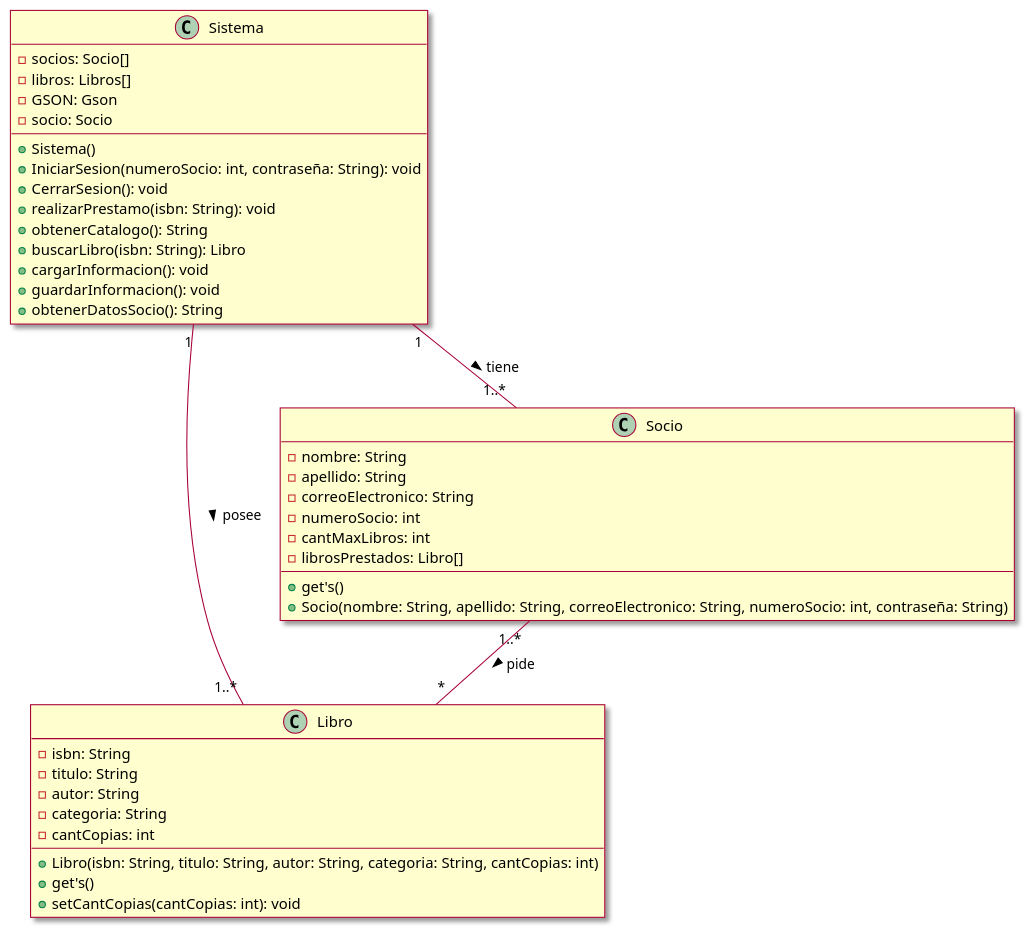
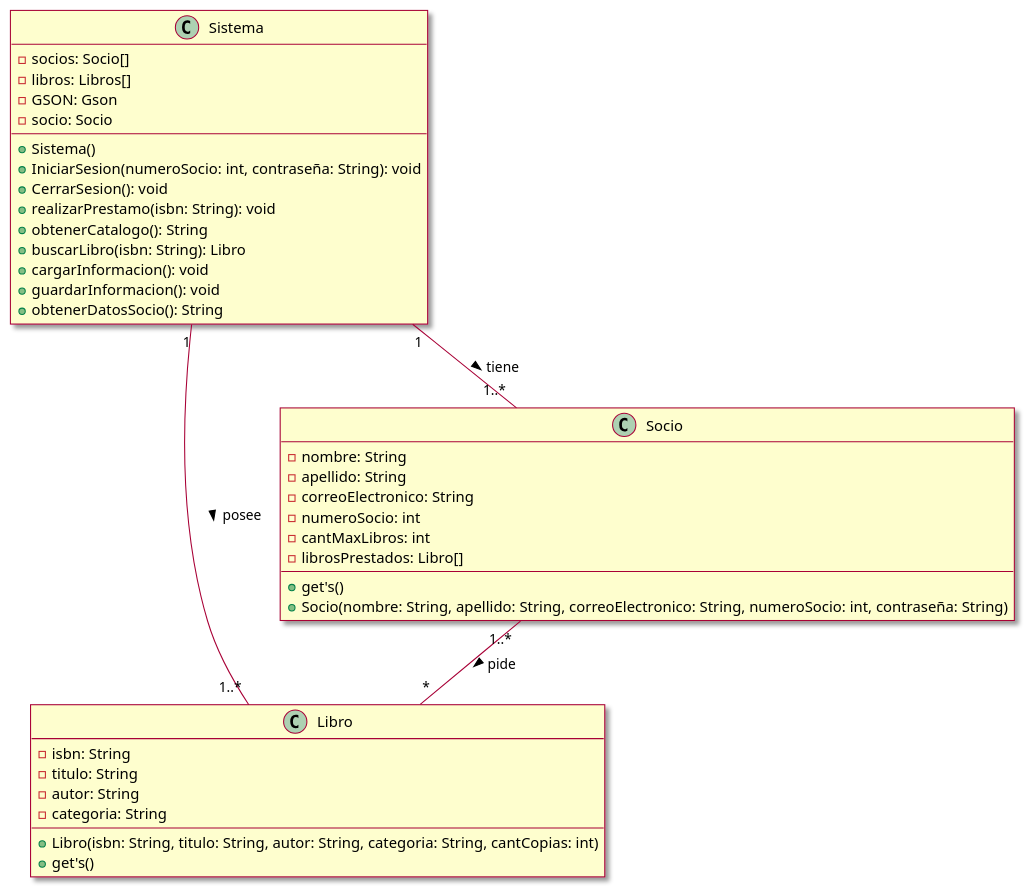
The diagram in bibliotech/clases.puml (ProMDFK123/Taller2), drawn with PlantUML before and after one commit. The commit also changed 1 other file, not shown here.

```diff
--- a/bibliotech/clases.puml
+++ b/bibliotech/clases.puml
@@ -1,45 +1,43 @@
 @startuml
 skin rose
 
 Class Libro{
 -isbn: String
 -titulo: String
 -autor: String
 -categoria: String
--cantCopias: int
 +Libro(isbn: String, titulo: String, autor: String, categoria: String, cantCopias: int)
 +get's()
-+setCantCopias(cantCopias: int): void
 }
 
 Class Socio{
 -nombre: String
 -apellido: String
 -correoElectronico: String
 -numeroSocio: int
 -cantMaxLibros: int
 -librosPrestados: Libro[]
 +get's()
 +Socio(nombre: String, apellido: String, correoElectronico: String, numeroSocio: int, contraseña: String)
 }
 
 Class Sistema{
 -socios: Socio[]
 -libros: Libros[]
 -GSON: Gson
 -socio: Socio
 +Sistema()
 +IniciarSesion(numeroSocio: int, contraseña: String): void
 +CerrarSesion(): void
 +realizarPrestamo(isbn: String): void
 +obtenerCatalogo(): String
 +buscarLibro(isbn: String): Libro
 +cargarInformacion(): void
 +guardarInformacion(): void
 +obtenerDatosSocio(): String
 }
 
 Sistema"1"--"1..*"Libro: posee >
 Sistema"1"--"1..*"Socio: tiene >
 Socio"1..*"--"*"Libro: pide >
 @enduml
```
